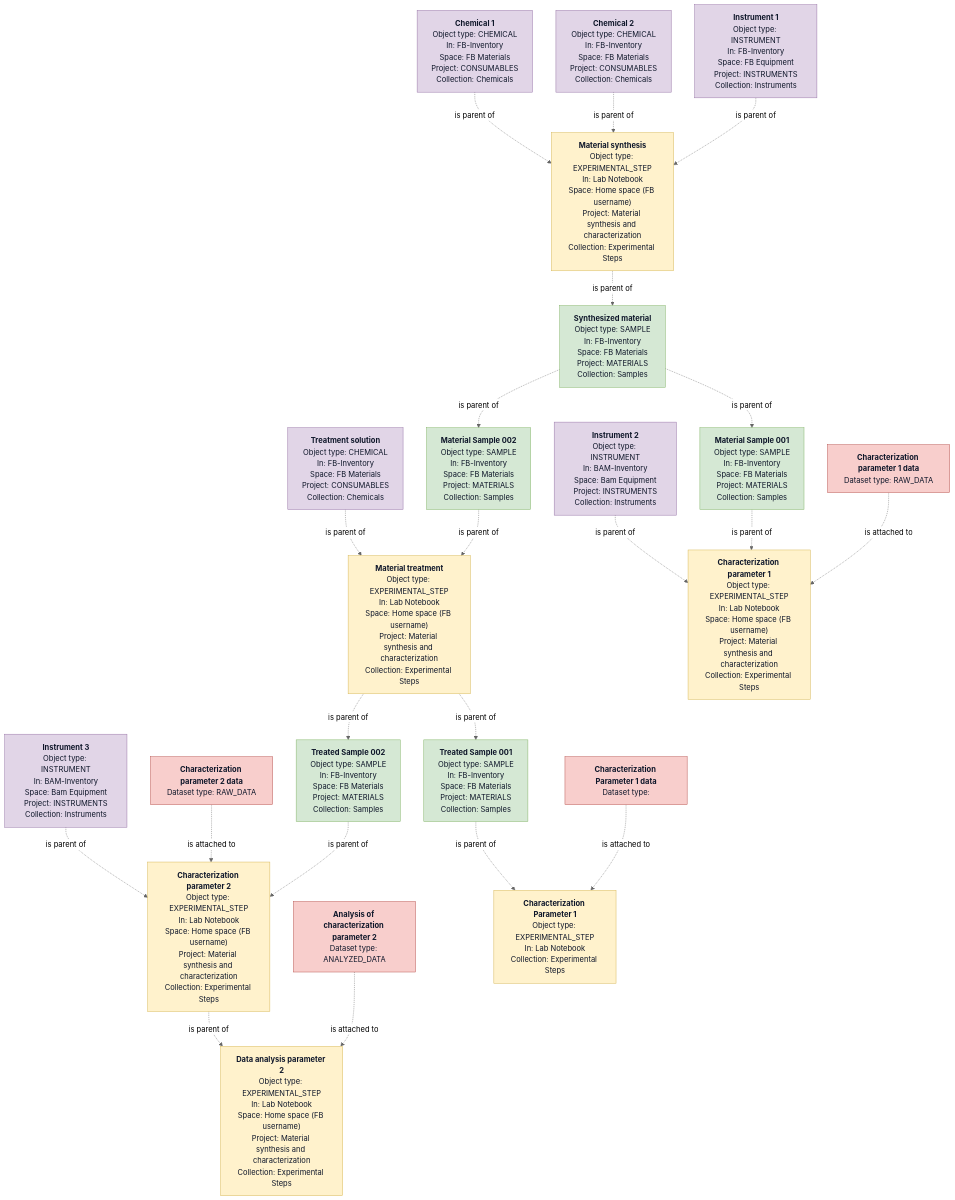
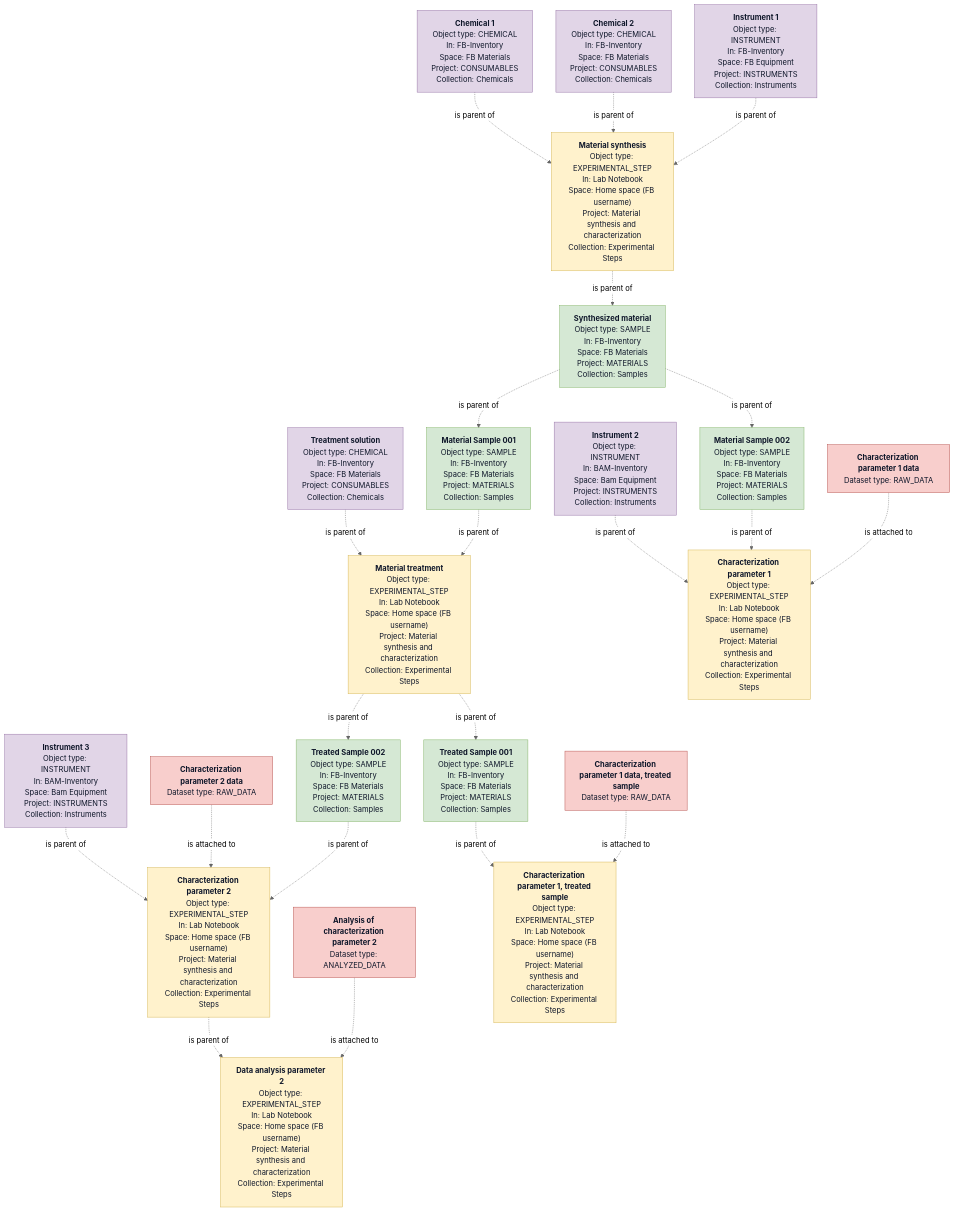
The diagram in web/examples/datastore-example.mmd (BAMresearch/mermantics), drawn with Mermaid (neutral theme) before and after one commit. The commit also changed 1 other file, not shown here.

Commit message:
Tidy up the BAM Data Store example (#36)
- The second characterization step was also called "Characterization
  Parameter 1" and had no Space or Project. It is now
  "Characterization parameter 1, treated sample" in the same Space and
  Project as the other steps.
- Its dataset had no type; it is now RAW_DATA, named to match the step.
- The box Sample001 was labelled "Material Sample 002". It is now
  "Material Sample 001" (it goes into the treatment, like Sample_001 in
  the Data Store guide), and the other one is Sample002, "Material
  Sample 002".
- The generic ids ExperimentalStep and Dataset are now Char1Treated and
  DataChar1Treated.

The open-band test used that missing Space; it now adds its own box
without a Space and Project, and a new test checks that every object in
the example is placed.

```diff
--- a/web/examples/datastore-example.mmd
+++ b/web/examples/datastore-example.mmd
@@ -1,61 +1,61 @@
 flowchart TB
 
 %% Example for the BAM Data Store: material synthesis and characterization. The experimental
 %% steps are linked through the samples they use and make ("is parent of"), and each dataset
 %% "is attached to" the experimental step that made it.
 
     Synthesis["<b>Material synthesis</b><br>Object type: EXPERIMENTAL_STEP<br>In: Lab Notebook<br>Space: Home space (FB username)<br>Project: Material synthesis and characterization<br>Collection: Experimental Steps"]:::dsdo
     Treatment["<b>Material treatment</b><br>Object type: EXPERIMENTAL_STEP<br>In: Lab Notebook<br>Space: Home space (FB username)<br>Project: Material synthesis and characterization<br>Collection: Experimental Steps"]:::dsdo
     Char1["<b>Characterization parameter 1</b><br>Object type: EXPERIMENTAL_STEP<br>In: Lab Notebook<br>Space: Home space (FB username)<br>Project: Material synthesis and characterization<br>Collection: Experimental Steps"]:::dsdo
     Char2["<b>Characterization parameter 2</b><br>Object type: EXPERIMENTAL_STEP<br>In: Lab Notebook<br>Space: Home space (FB username)<br>Project: Material synthesis and characterization<br>Collection: Experimental Steps"]:::dsdo
     Analysis2["<b>Data analysis parameter 2</b><br>Object type: EXPERIMENTAL_STEP<br>In: Lab Notebook<br>Space: Home space (FB username)<br>Project: Material synthesis and characterization<br>Collection: Experimental Steps"]:::dsdo
     Chemical1["<b>Chemical 1</b><br>Object type: CHEMICAL<br>In: FB-Inventory<br>Space: FB Materials<br>Project: CONSUMABLES<br>Collection: Chemicals"]:::dsuse
     Chemical2["<b>Chemical 2</b><br>Object type: CHEMICAL<br>In: FB-Inventory<br>Space: FB Materials<br>Project: CONSUMABLES<br>Collection: Chemicals"]:::dsuse
     Solution["<b>Treatment solution</b><br>Object type: CHEMICAL<br>In: FB-Inventory<br>Space: FB Materials<br>Project: CONSUMABLES<br>Collection: Chemicals"]:::dsuse
     Instrument1["<b>Instrument 1</b><br>Object type: INSTRUMENT<br>In: FB-Inventory<br>Space: FB Equipment<br>Project: INSTRUMENTS<br>Collection: Instruments"]:::dsuse
     Instrument2["<b>Instrument 2</b><br>Object type: INSTRUMENT<br>In: BAM-Inventory<br>Space: Bam Equipment<br>Project: INSTRUMENTS<br>Collection: Instruments"]:::dsuse
     Instrument3["<b>Instrument 3</b><br>Object type: INSTRUMENT<br>In: BAM-Inventory<br>Space: Bam Equipment<br>Project: INSTRUMENTS<br>Collection: Instruments"]:::dsuse
     Synthesized["<b>Synthesized material</b><br>Object type: SAMPLE<br>In: FB-Inventory<br>Space: FB Materials<br>Project: MATERIALS<br>Collection: Samples"]:::dsmake
-    Sample001["<b>Material Sample 002</b><br>Object type: SAMPLE<br>In: FB-Inventory<br>Space: FB Materials<br>Project: MATERIALS<br>Collection: Samples"]:::dsmake
+    Sample001["<b>Material Sample 001</b><br>Object type: SAMPLE<br>In: FB-Inventory<br>Space: FB Materials<br>Project: MATERIALS<br>Collection: Samples"]:::dsmake
     DataChar1["<b>Characterization parameter 1 data</b><br>Dataset type: RAW_DATA"]:::dsdata
     DataChar2["<b>Characterization parameter 2 data</b><br>Dataset type: RAW_DATA"]:::dsdata
     DataAnalysis2["<b>Analysis of characterization parameter 2</b><br>Dataset type: ANALYZED_DATA"]:::dsdata
-    Sample["<b>Material Sample 001</b><br>Object type: SAMPLE<br>In: FB-Inventory<br>Space: FB Materials<br>Project: MATERIALS<br>Collection: Samples"]:::dsmake
+    Sample002["<b>Material Sample 002</b><br>Object type: SAMPLE<br>In: FB-Inventory<br>Space: FB Materials<br>Project: MATERIALS<br>Collection: Samples"]:::dsmake
     Sample2["<b>Treated Sample 001</b><br>Object type: SAMPLE<br>In: FB-Inventory<br>Space: FB Materials<br>Project: MATERIALS<br>Collection: Samples"]:::dsmake
     Sample3["<b>Treated Sample 002</b><br>Object type: SAMPLE<br>In: FB-Inventory<br>Space: FB Materials<br>Project: MATERIALS<br>Collection: Samples"]:::dsmake
-    ExperimentalStep["<b>Characterization Parameter 1</b><br>Object type: EXPERIMENTAL_STEP<br>In: Lab Notebook<br>Collection: Experimental Steps"]:::dsdo
-    Dataset["<b>Characterization Parameter 1 data</b><br>Dataset type: "]:::dsdata
+    Char1Treated["<b>Characterization parameter 1, treated sample</b><br>Object type: EXPERIMENTAL_STEP<br>In: Lab Notebook<br>Space: Home space (FB username)<br>Project: Material synthesis and characterization<br>Collection: Experimental Steps"]:::dsdo
+    DataChar1Treated["<b>Characterization parameter 1 data, treated sample</b><br>Dataset type: RAW_DATA"]:::dsdata
 
     Chemical1 -. "is parent of" .-> Synthesis
     Chemical2 -. "is parent of" .-> Synthesis
     Instrument1 -. "is parent of" .-> Synthesis
     Synthesis -. "is parent of" .-> Synthesized
     Synthesized -. "is parent of" .-> Sample001
     Solution -. "is parent of" .-> Treatment
     Instrument2 -. "is parent of" .-> Char1
     Instrument3 -. "is parent of" .-> Char2
     Char2 -. "is parent of" .-> Analysis2
     DataChar2 -. "is attached to" .-> Char2
     DataAnalysis2 -. "is attached to" .-> Analysis2
-    Synthesized -. "is parent of" .-> Sample
+    Synthesized -. "is parent of" .-> Sample002
     Sample001 -. "is parent of" .-> Treatment
-    Sample -. "is parent of" .-> Char1
+    Sample002 -. "is parent of" .-> Char1
     Treatment -. "is parent of" .-> Sample2
     Treatment -. "is parent of" .-> Sample3
     DataChar1 -. "is attached to" .-> Char1
     Sample3 -. "is parent of" .-> Char2
-    Sample2 -. "is parent of" .-> ExperimentalStep
-    Dataset -. "is attached to" .-> ExperimentalStep
+    Sample2 -. "is parent of" .-> Char1Treated
+    DataChar1Treated -. "is attached to" .-> Char1Treated
 
     classDef base fill:#e5e7eb,stroke:#6b7280,stroke-width:2px,color:#111827
     classDef upper fill:#ffffff,stroke:#9ca3af,stroke-width:2px,color:#374151
     classDef local fill:#dbeafe,stroke:#1d4ed8,stroke-width:2px,color:#0f172a
     classDef vocab fill:#f5f3ff,stroke:#7c3aed,color:#0f172a
     classDef note fill:#fffbeb,stroke:#d97706,color:#374151
     classDef dsdo fill:#fff2cc,stroke:#d6b656,color:#0f172a
     classDef dsmake fill:#d5e8d4,stroke:#82b366,color:#0f172a
     classDef dsuse fill:#e1d5e7,stroke:#9673a6,color:#0f172a
     classDef dsdata fill:#f8cecc,stroke:#b85450,color:#0f172a
 
-%% mermantics-layout {"Synthesis":[529,174],"Treatment":[863,582],"Char1":[197,595],"Char2":[1073,852],"Analysis2":[1101,1069],"Chemical1":[797,12],"Chemical2":[529,12],"Solution":[1151,506],"Instrument1":[261,12],"Instrument2":[56,444],"Instrument3":[1448,786],"Synthesized":[606,296],"Sample001":[907,437],"DataChar1":[456,706],"DataChar2":[1326,942],"DataAnalysis2":[1313,1166],"Sample":[423,436],"Sample2":[817,720],"Sample3":[1077,711],"ExperimentalStep":[697,856],"Dataset":[791,970]}
-%% mermantics-kinds {"Synthesis":"step","Treatment":"step","Char1":"step","Char2":"step","Analysis2":"step","Chemical1":"chemical","Chemical2":"chemical","Solution":"chemical","Instrument1":"instrument","Instrument2":"instrument","Instrument3":"instrument","Synthesized":"sample","Sample001":"sample","DataChar1":"dataset","DataChar2":"dataset","DataAnalysis2":"dataset","Sample":"sample","Sample2":"sample","Sample3":"sample","ExperimentalStep":"step","Dataset":"dataset"}
+%% mermantics-layout {"Synthesis":[529,174],"Treatment":[863,582],"Char1":[197,595],"Char2":[1073,852],"Analysis2":[1101,1069],"Chemical1":[797,12],"Chemical2":[529,12],"Solution":[1151,506],"Instrument1":[261,12],"Instrument2":[56,444],"Instrument3":[1448,786],"Synthesized":[606,296],"Sample001":[907,437],"DataChar1":[456,706],"DataChar2":[1326,942],"DataAnalysis2":[1313,1166],"Sample002":[423,436],"Sample2":[817,720],"Sample3":[1077,711],"Char1Treated":[697,856],"DataChar1Treated":[791,970]}
+%% mermantics-kinds {"Synthesis":"step","Treatment":"step","Char1":"step","Char2":"step","Analysis2":"step","Chemical1":"chemical","Chemical2":"chemical","Solution":"chemical","Instrument1":"instrument","Instrument2":"instrument","Instrument3":"instrument","Synthesized":"sample","Sample001":"sample","DataChar1":"dataset","DataChar2":"dataset","DataAnalysis2":"dataset","Sample002":"sample","Sample2":"sample","Sample3":"sample","Char1Treated":"step","DataChar1Treated":"dataset"}
```
